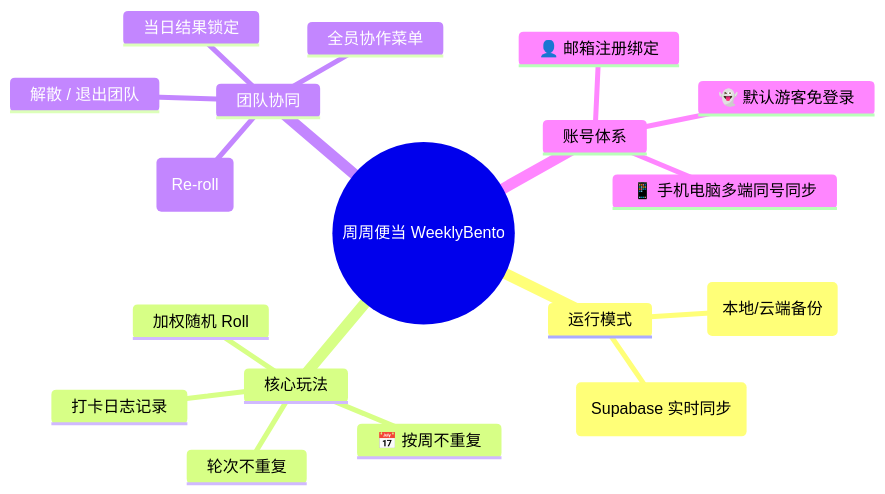
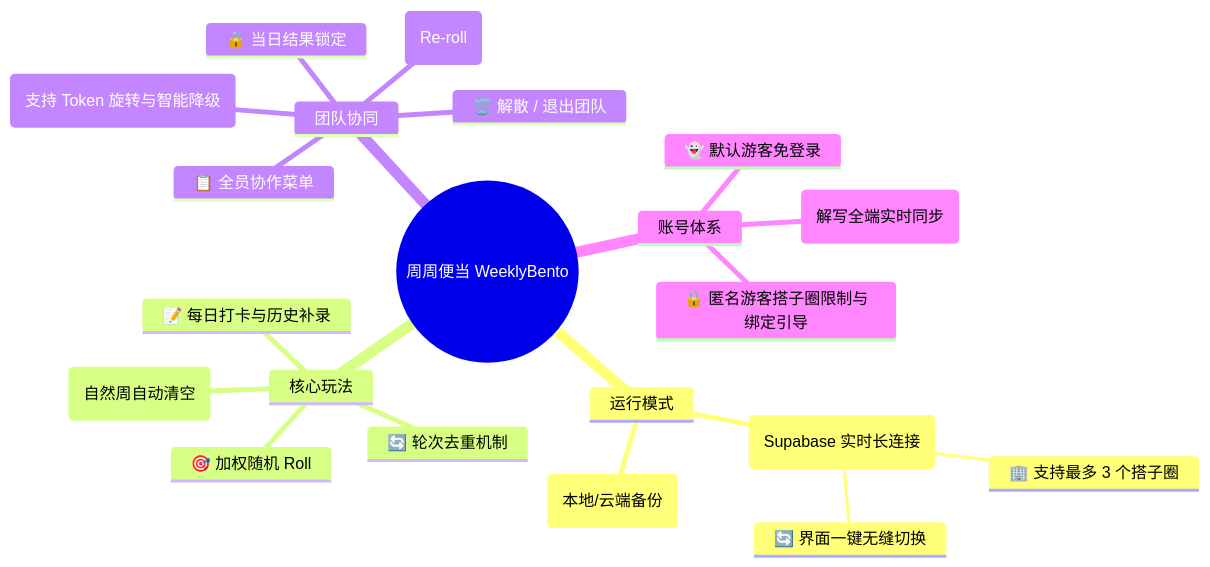
Before and after one commit to wangdengbin/weeklybento: the first of 2 diagrams in doc/GAMEPLAY_AND_RULES.md, drawn with Mermaid. The commit also changed other lines of this file and 2 other files, not shown here.

````diff
--- a/doc/GAMEPLAY_AND_RULES.md
+++ b/doc/GAMEPLAY_AND_RULES.md
@@ -11,21 +11,24 @@
 ```mermaid
 mindmap
   root((周周便当 WeeklyBento))
     运行模式
       🏠 个人独享模式 (本地/云端备份)
-      👥 团队协同模式 (Supabase 实时同步)
+      👥 多团队协同模式 (Supabase 实时长连接)
+        🏢 支持最多 3 个搭子圈
+        🔄 界面一键无缝切换
     核心玩法
-      加权随机 Roll
-      轮次不重复
-      📅 按周不重复
-      打卡日志记录
+      🎯 加权随机 Roll
+      🔄 轮次去重机制
+      📅 按周不重复 (自然周自动清空)
+      📝 每日打卡与历史补录
     团队协同
-      当日结果锁定
-      全员重新选定 (Re-roll)
-      全员协作菜单
-      解散 / 退出团队
+      🔒 当日结果锁定
+      🎲 全员重新选定 (Re-roll)
+      📋 全员协作菜单
+      🔗 专属安全邀请链接 (支持 Token 旋转与智能降级)
+      🗑️ 解散 / 退出团队
     账号体系
       👻 默认游客免登录
-      👤 邮箱注册绑定
-      📱 手机电脑多端同号同步
+      👤 邮箱注册绑定 (解写全端实时同步)
+      🔒 匿名游客搭子圈限制与绑定引导
 ```
````
